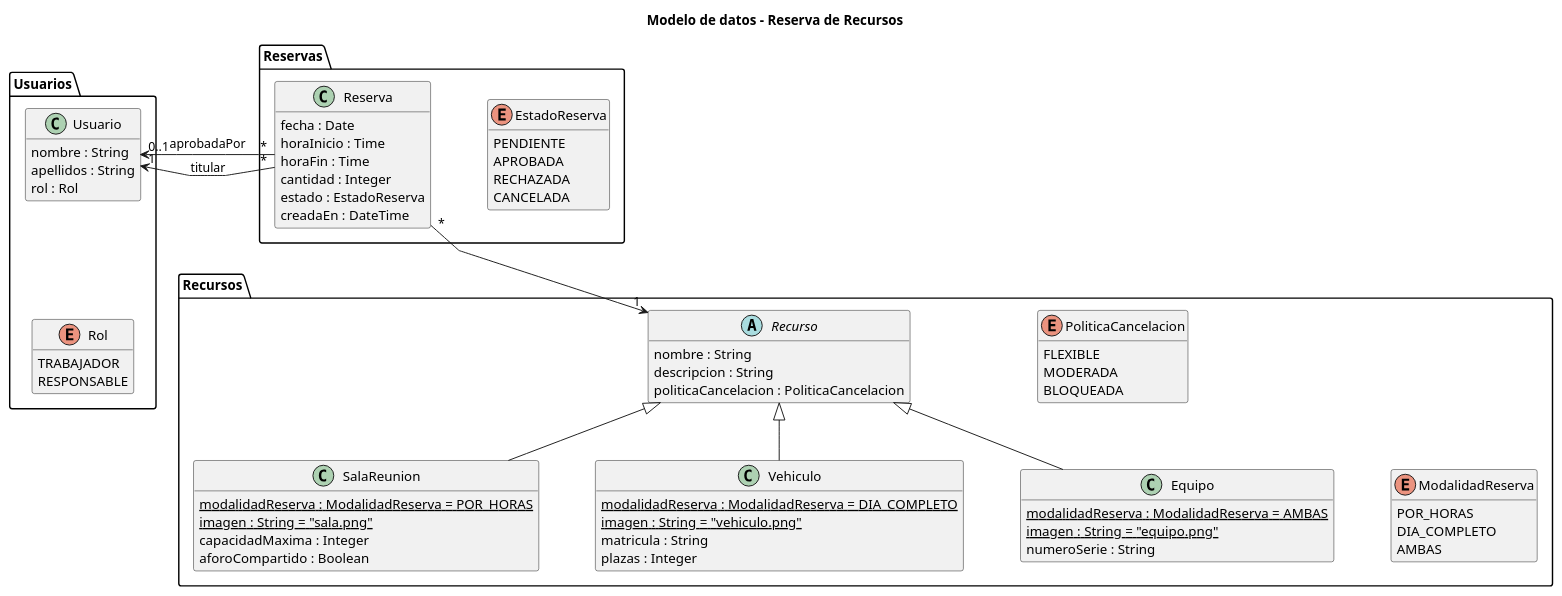
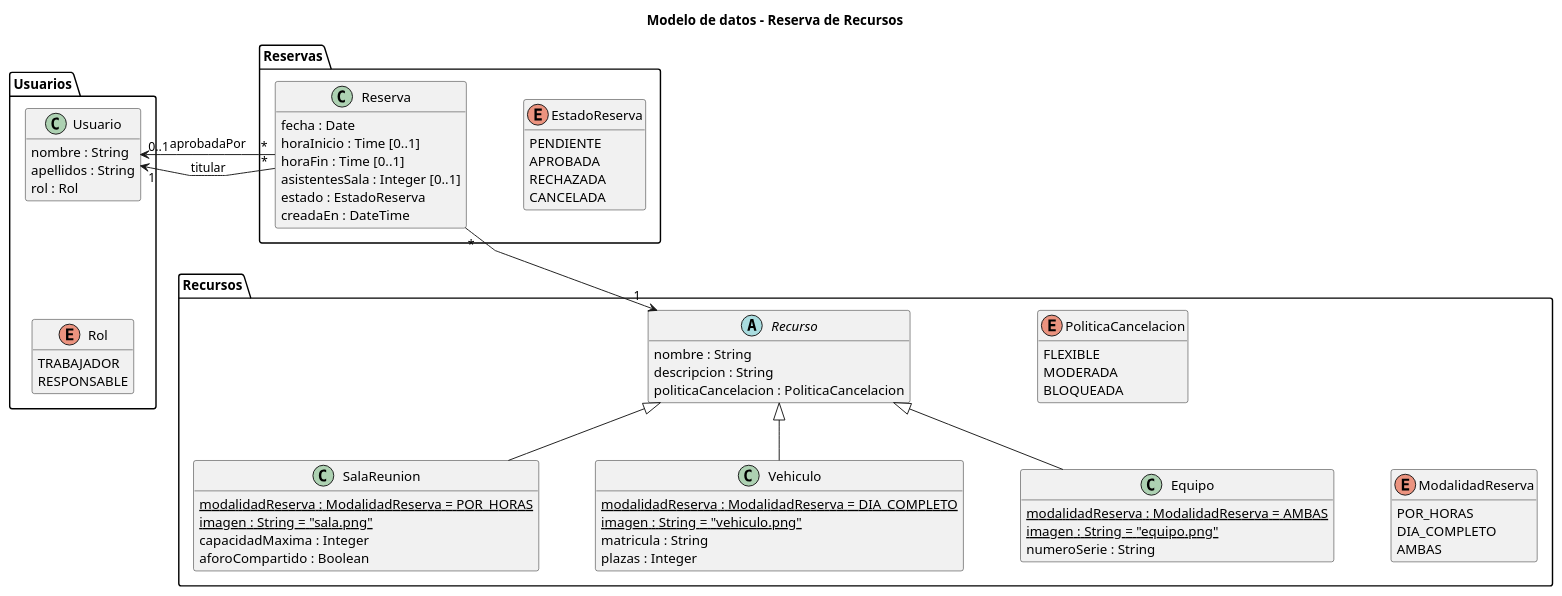
The diagram in docs/diagramas/modelo_recursos.puml (QudeCode/prueba-raul-app2you), drawn with PlantUML before and after one commit. The commit also changed 4 other files, not shown here.

```diff
--- a/docs/diagramas/modelo_recursos.puml
+++ b/docs/diagramas/modelo_recursos.puml
@@ -1,94 +1,94 @@
 @startuml modelo_recursos
 title Modelo de datos - Reserva de Recursos
 
 skinparam classAttributeIconSize 0
 skinparam linetype polyline
 skinparam nodesep 60
 skinparam ranksep 60
 hide empty members
 
 package Recursos {
   abstract class Recurso {
     nombre : String
     descripcion : String
     politicaCancelacion : PoliticaCancelacion
   }
 
   class SalaReunion {
     {static} modalidadReserva : ModalidadReserva = POR_HORAS
     {static} imagen : String = "sala.png"
     capacidadMaxima : Integer
     aforoCompartido : Boolean
   }
 
   class Vehiculo {
     {static} modalidadReserva : ModalidadReserva = DIA_COMPLETO
     {static} imagen : String = "vehiculo.png"
     matricula : String
     plazas : Integer
   }
 
   class Equipo {
     {static} modalidadReserva : ModalidadReserva = AMBAS
     {static} imagen : String = "equipo.png"
     numeroSerie : String
   }
 
   enum ModalidadReserva {
     POR_HORAS
     DIA_COMPLETO
     AMBAS
   }
 
   enum PoliticaCancelacion {
     FLEXIBLE
     MODERADA
     BLOQUEADA
   }
 
   Recurso <|-- SalaReunion
   Recurso <|-- Vehiculo
   Recurso <|-- Equipo
 }
 
 package Usuarios {
   class Usuario {
     nombre : String
     apellidos : String
     rol : Rol
   }
 
   enum Rol {
     TRABAJADOR
     RESPONSABLE
   }
 }
 
 package Reservas {
   class Reserva {
     fecha : Date
-    horaInicio : Time
-    horaFin : Time
-    cantidad : Integer
+    horaInicio : Time [0..1]
+    horaFin : Time [0..1]
+    asistentesSala : Integer [0..1]
     estado : EstadoReserva
     creadaEn : DateTime
   }
 
   enum EstadoReserva {
     PENDIENTE
     APROBADA
     RECHAZADA
     CANCELADA
   }
 }
 
 Reserva "*" -down-> "1" Recurso
 Reserva "*" -left-> "1" Usuario : titular
 Reserva "*" -left-> "0..1" Usuario : aprobadaPor
 
 Reserva -[hidden]right- EstadoReserva
 Usuario -[hidden]down- Rol
 Recurso -[hidden]right- PoliticaCancelacion
 PoliticaCancelacion -[hidden]down- ModalidadReserva
 
 @enduml
```
